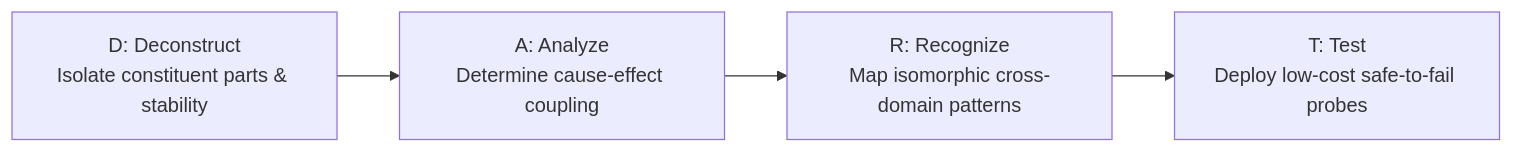
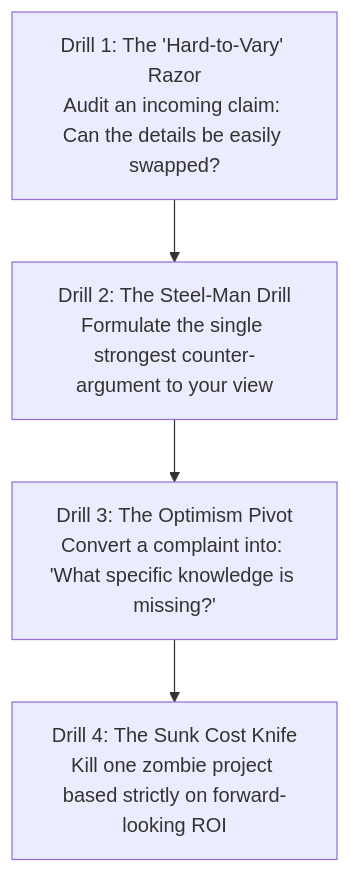
Before and after one commit to vs00918/ytdecoded: the fifth of 5 diagrams in src/content/topics/the-cognitive-firewall-and-epistemic-razors.md, drawn with Mermaid. The commit also changed other lines of this file, not shown here.

Commit message:
feat(batch-2): ingest David Deutsch Beginning of Infinity cluster (Eps 8, 9, 13-18) on hard-to-vary explanations and fallibilism

````diff
--- a/src/content/topics/the-cognitive-firewall-and-epistemic-razors.md
+++ b/src/content/topics/the-cognitive-firewall-and-epistemic-razors.md
@@ -209,7 +209,7 @@
 ```mermaid
-graph LR
-    D["D: Deconstruct<br>Isolate constituent parts & stability"] 
-    --> A["A: Analyze<br>Determine cause-effect coupling"]
-    --> R["R: Recognize<br>Map isomorphic cross-domain patterns"]
-    --> T["T: Test<br>Deploy low-cost safe-to-fail probes"]
+graph TD
+    H1["Drill 1: The 'Hard-to-Vary' Razor<br>Audit an incoming claim: Can the details be easily swapped?"]
+    --> H2["Drill 2: The Steel-Man Drill<br>Formulate the single strongest counter-argument to your view"]
+    --> H3["Drill 3: The Optimism Pivot<br>Convert a complaint into: 'What specific knowledge is missing?'"]
+    --> H4["Drill 4: The Sunk Cost Knife<br>Kill one zombie project based strictly on forward-looking ROI"]
 ```
````
